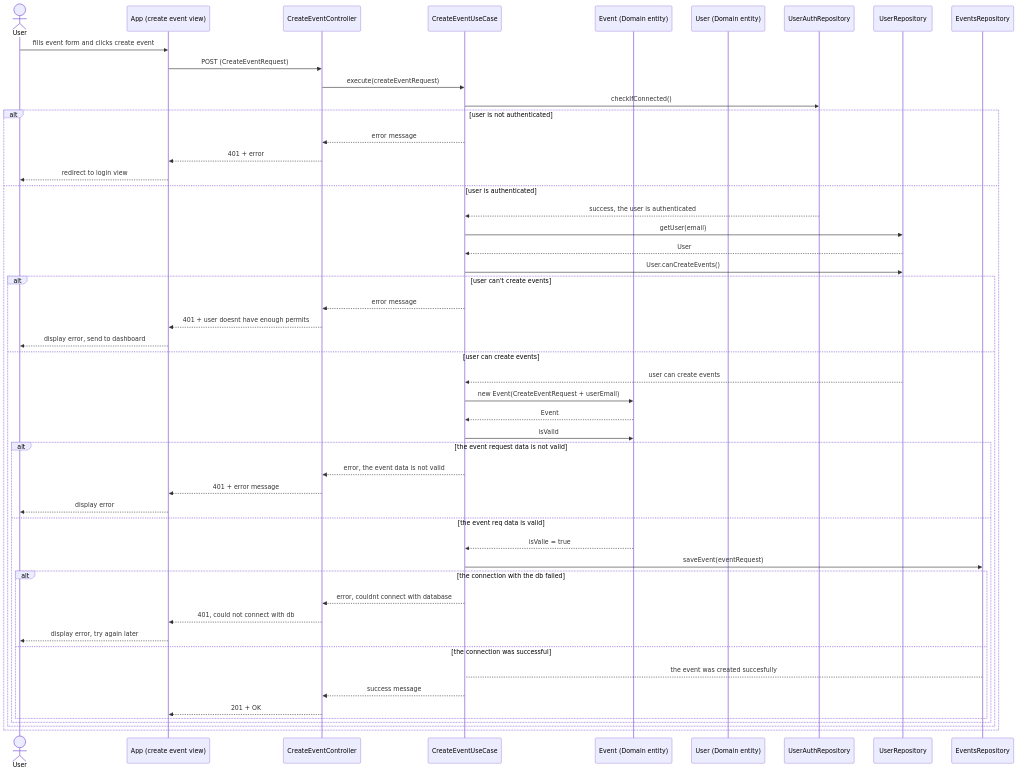
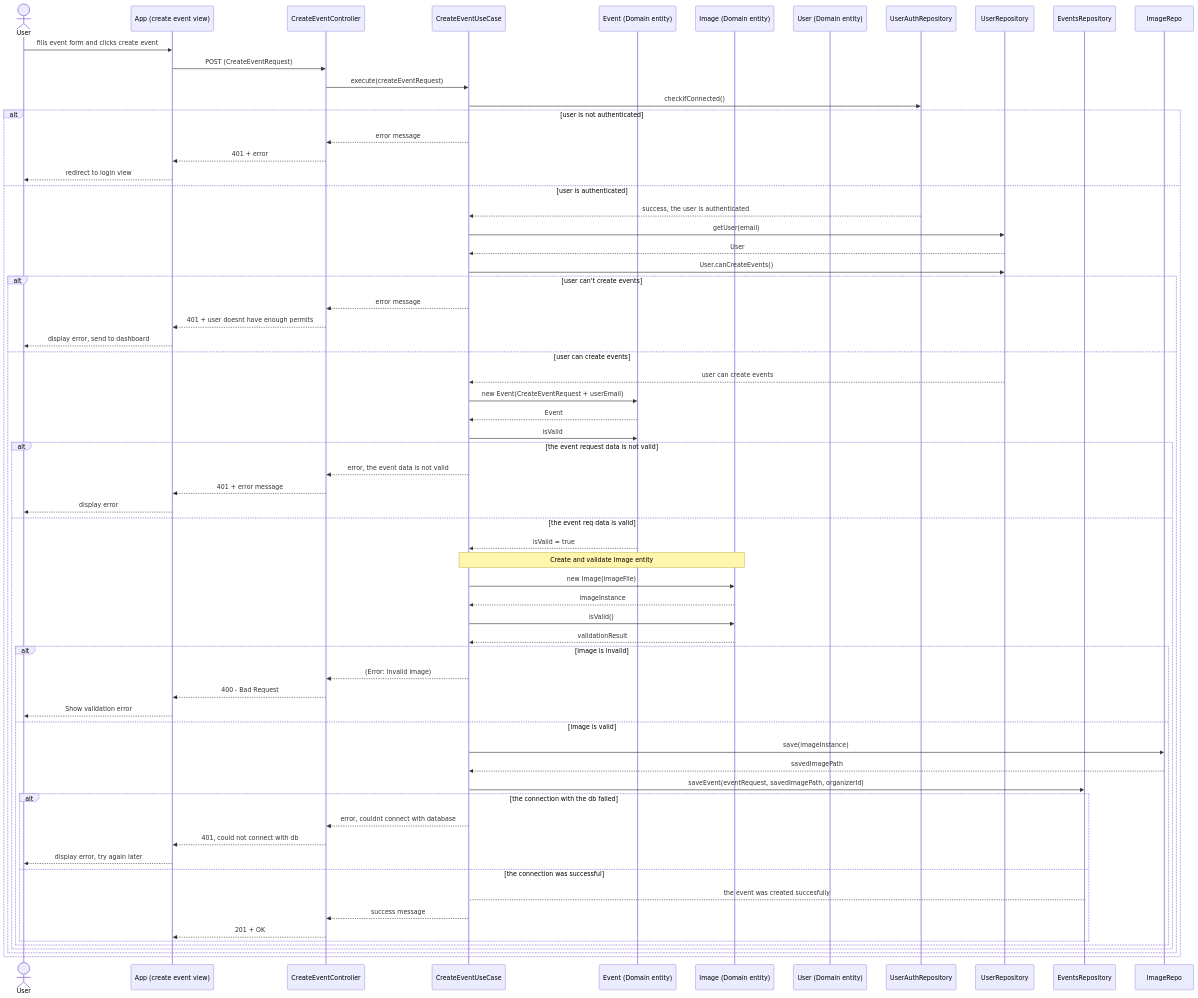
Before and after one commit to Lenninssp/Cannin-Tickets: the diagram in docs/events.md, drawn with Mermaid. The commit also changed 9 other files, not shown here.

````diff
--- a/docs/events.md
+++ b/docs/events.md
@@ -3,55 +3,72 @@
 ```mermaid
 
 sequenceDiagram
 actor User
 participant UI as App (create event view)
 participant Controller as CreateEventController
 participant UseCase as CreateEventUseCase
 participant EventEntity as Event (Domain entity)
+participant ImageEntity as Image (Domain entity)
 participant UserEntity as User (Domain entity)
 participant AuthRepo as UserAuthRepository
 participant UserRepo as UserRepository
 participant EventRepo as EventsRepository
 
 User->>UI: fills event form and clicks create event
 UI->>Controller: POST (CreateEventRequest)
 Controller->>UseCase: execute(createEventRequest)
 UseCase->>AuthRepo: checkIfConnected()
 alt user is not authenticated
   UseCase-->>Controller: error message
   Controller-->>UI: 401 + error
   UI-->>User: redirect to login view
 else user is authenticated
 AuthRepo-->>UseCase: success, the user is authenticated
 UseCase->>UserRepo: getUser(email)
 UserRepo-->>UseCase: User
 UseCase->>UserRepo: User.canCreateEvents()
 alt user can't create events
   UseCase-->>Controller: error message
   Controller-->>UI: 401 + user doesnt have enough permits
   UI-->>User: display error, send to dashboard
 else user can create events
 UserRepo-->>UseCase: user can create events
 UseCase->>EventEntity: new Event(CreateEventRequest + userEmail)
 EventEntity-->>UseCase: Event
 UseCase->>EventEntity: isValid
 alt the event request data is not valid
   UseCase-->>Controller: error, the event data is not valid
   Controller-->>UI: 401 + error message
   UI-->>User: display error
 else the event req data is valid
-EventEntity-->>UseCase: isValie = true
-UseCase->>EventRepo: saveEvent(eventRequest)
+EventEntity-->>UseCase: isValid = true
+
+Note over UseCase,ImageEntity: Create and validate Image entity
+  UseCase->>ImageEntity: new Image(imageFile)
+  ImageEntity-->>UseCase: imageInstance
+
+  UseCase->>ImageEntity: isValid()
+  ImageEntity-->>UseCase: validationResult
+ alt image is invalid
+  UseCase-->>Controller: (Error: Invalid image)
+  Controller-->>UI: 400 - Bad Request
+  UI-->>User: Show validation error
+else image is valid
+ UseCase->>ImageRepo: save(imageInstance)
+  ImageRepo-->>UseCase: savedImagePath
+  UseCase->>EventRepo: saveEvent(eventRequest, savedImagePath, organizerId)
 alt the connection with the db failed
   UseCase-->>Controller: error, couldnt connect with database
   Controller-->>UI: 401, could not connect with db
 UI-->>User: display error, try again later
 else the connection was successful
 EventRepo-->UseCase: the event was created succesfully
 UseCase-->>Controller: success message
 Controller-->>UI: 201 + OK
 end
+
+end
 end
 end
 end
 ```
````
